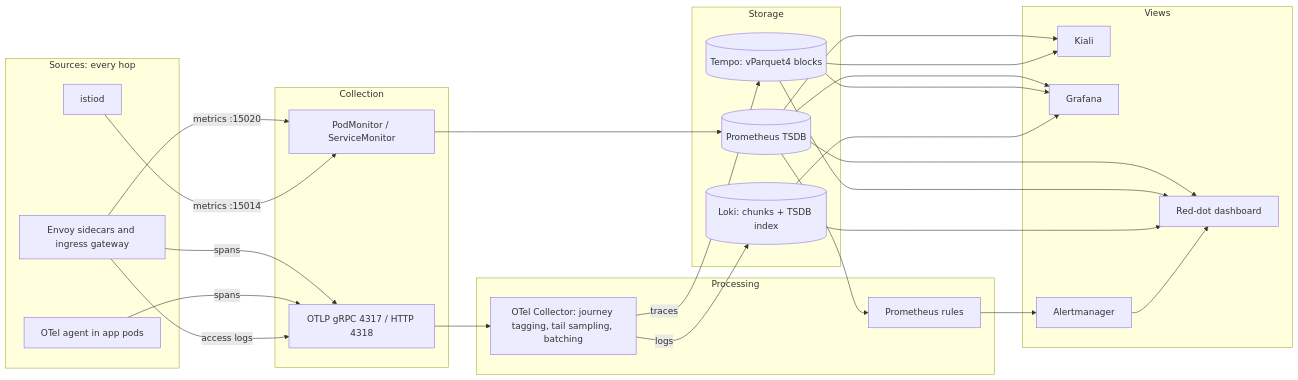
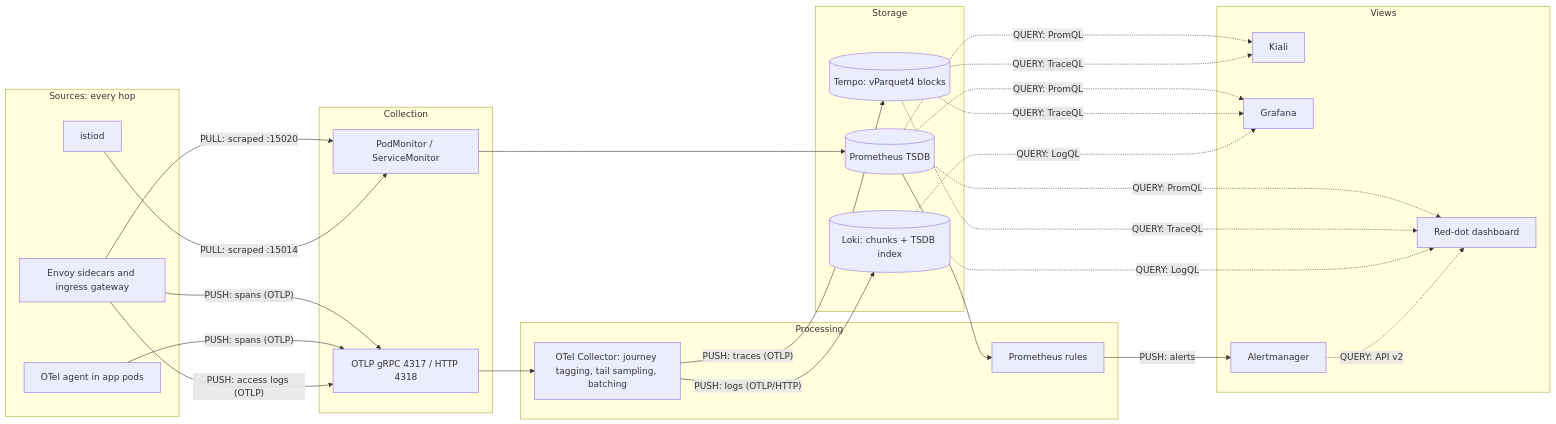
One commit to canpolatoral/monitoring-poc changed the first of 6 diagrams in docs/architecture.md. Above: the diagram before and after it, drawn with Mermaid. The commit also changed other lines of this file and 6 other files, not shown here.

````diff
--- a/docs/architecture.md
+++ b/docs/architecture.md
@@ -38,40 +114,40 @@
 ```mermaid
 flowchart LR
   subgraph SRC[Sources: every hop]
     ENV[Envoy sidecars and ingress gateway]
     AGT[OTel agent in app pods]
     ISTIOD[istiod]
   end
   subgraph COL[Collection]
     PM[PodMonitor / ServiceMonitor]
     OTLP[OTLP gRPC 4317 / HTTP 4318]
   end
   subgraph PROC[Processing]
     PROMR[Prometheus rules]
     OC[OTel Collector: journey tagging, tail sampling, batching]
   end
   subgraph STORE[Storage]
     TSDB[(Prometheus TSDB)]
     TEMPO[(Tempo: vParquet4 blocks)]
     LOKI[(Loki: chunks + TSDB index)]
   end
   subgraph VIEW[Views]
     KIALI[Kiali]
     GRAF[Grafana]
     RD[Red-dot dashboard]
     AM[Alertmanager]
   end
-  ENV -- metrics :15020 --> PM --> TSDB
-  ISTIOD -- metrics :15014 --> PM
-  ENV -- spans --> OTLP
-  AGT -- spans --> OTLP
-  ENV -- access logs --> OTLP
+  ENV -->|"PULL: scraped :15020"| PM --> TSDB
+  ISTIOD -->|"PULL: scraped :15014"| PM
+  ENV -->|"PUSH: spans (OTLP)"| OTLP
+  AGT -->|"PUSH: spans (OTLP)"| OTLP
+  ENV -->|"PUSH: access logs (OTLP)"| OTLP
   OTLP --> OC
-  OC -- traces --> TEMPO
-  OC -- logs --> LOKI
-  TSDB --> PROMR --> AM
-  TSDB --> KIALI & GRAF & RD
-  TEMPO --> KIALI & GRAF & RD
-  LOKI --> GRAF & RD
-  AM --> RD
+  OC -->|"PUSH: traces (OTLP)"| TEMPO
+  OC -->|"PUSH: logs (OTLP/HTTP)"| LOKI
+  TSDB --> PROMR -->|"PUSH: alerts"| AM
+  TSDB -.->|"QUERY: PromQL"| KIALI & GRAF & RD
+  TEMPO -.->|"QUERY: TraceQL"| KIALI & GRAF & RD
+  LOKI -.->|"QUERY: LogQL"| GRAF & RD
+  AM -.->|"QUERY: API v2"| RD
 ```
````
